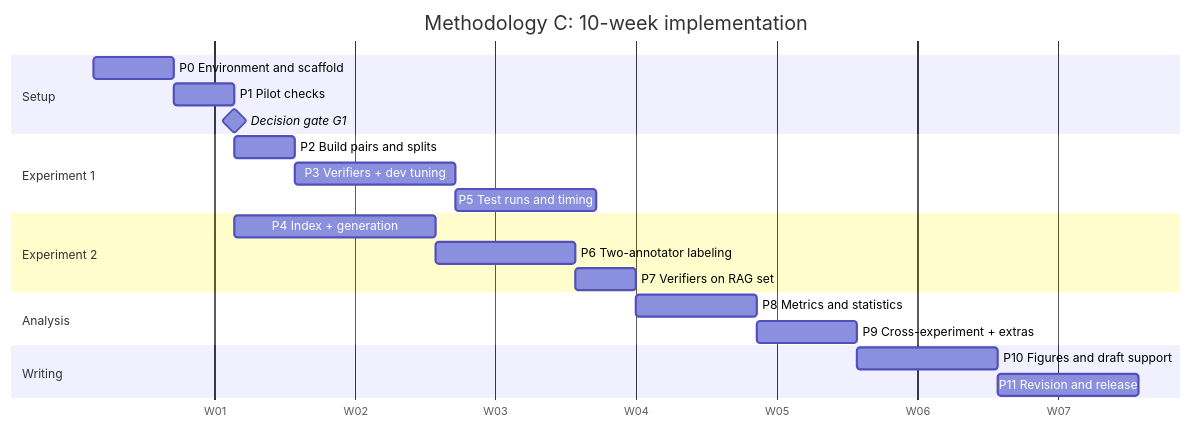
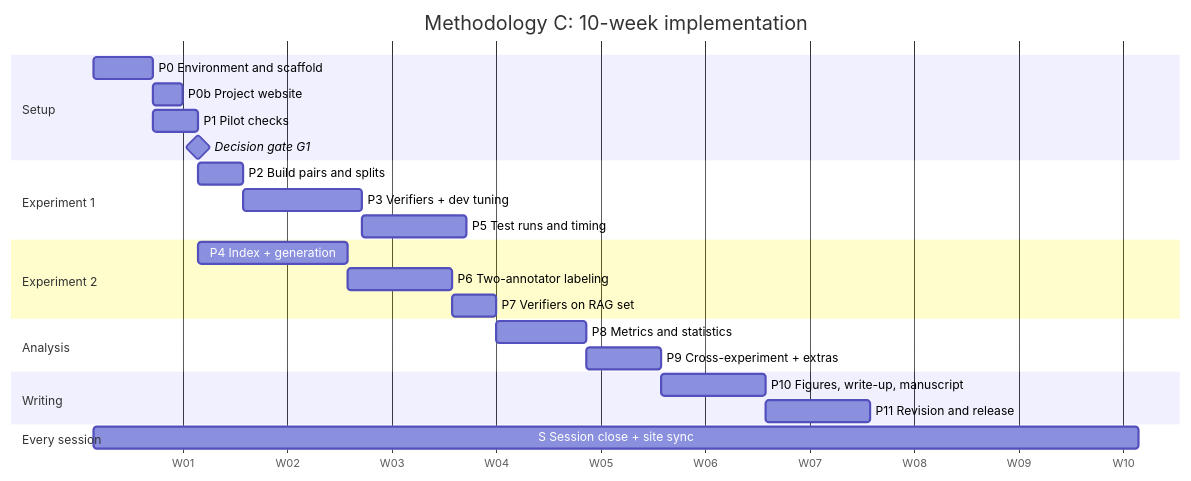
One commit to saadktk10/reducing-hallucination-in-healthcare-using-agentic-ai-in-rag changed the diagram in Phase.md. Above: the diagram before and after it, drawn with Mermaid. The commit also changed other lines of this file and 54 other files, not shown here.

````diff
--- a/Phase.md
+++ b/Phase.md
@@ -9,24 +36,27 @@
 ```mermaid
 gantt
     title Methodology C: 10-week implementation
     dateFormat  YYYY-MM-DD
     axisFormat  W%W
     section Setup
     P0 Environment and scaffold        :p0, 2026-01-05, 4d
+    P0b Project website                :p0b, after p0, 2d
     P1 Pilot checks                    :p1, after p0, 3d
     Decision gate G1                   :milestone, g1, after p1, 0d
     section Experiment 1
     P2 Build pairs and splits          :p2, after g1, 3d
     P3 Verifiers + dev tuning          :p3, after p2, 8d
     P5 Test runs and timing            :p5, after p3, 7d
     section Experiment 2
     P4 Index + generation              :p4, after g1, 10d
     P6 Two-annotator labeling          :p6, after p4, 7d
     P7 Verifiers on RAG set            :p7, after p6, 3d
     section Analysis
     P8 Metrics and statistics          :p8, after p7, 6d
     P9 Cross-experiment + extras       :p9, after p8, 5d
     section Writing
-    P10 Figures and draft support      :p10, after p9, 7d
+    P10 Figures, write-up, manuscript  :p10, after p9, 7d
     P11 Revision and release           :p11, after p10, 7d
+    section Every session
+    S Session close + site sync        :s, 2026-01-05, 70d
 ```
````
